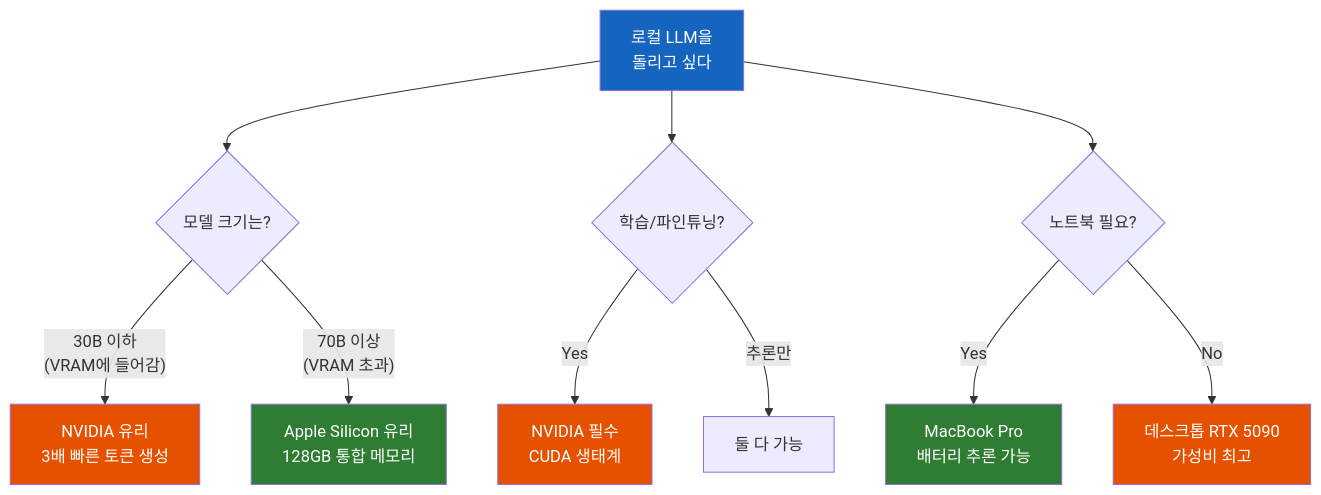
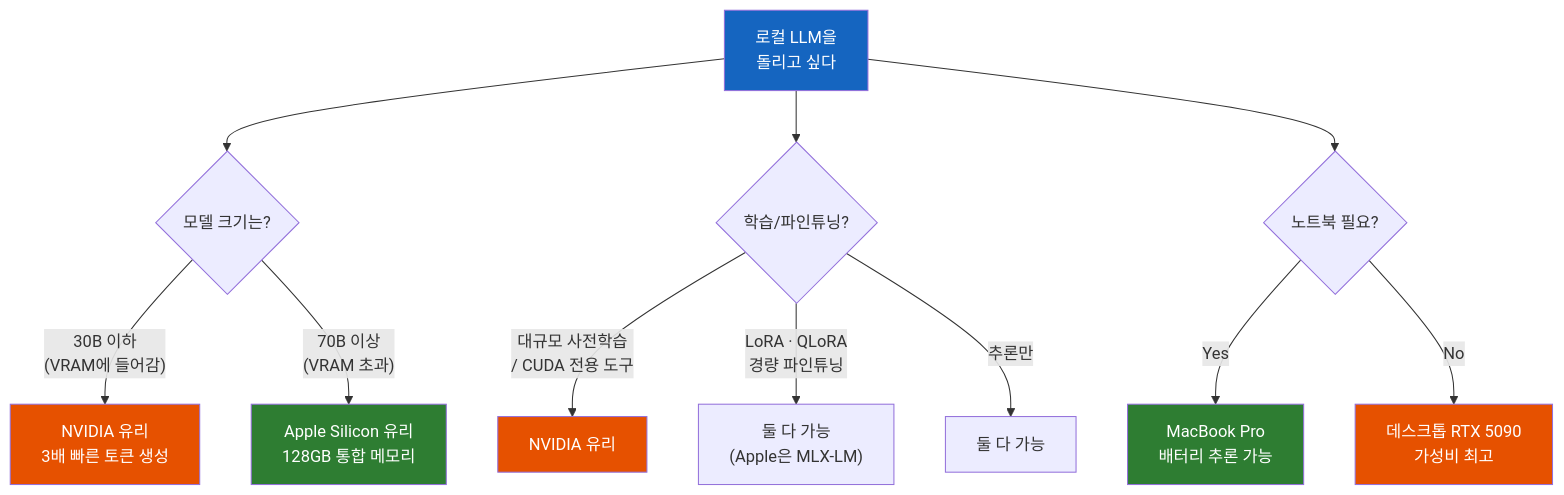
The third of 3 diagrams in ai/로컬-LLM-추론-Apple-Silicon이-NVIDIA-GPU를-이기는-순간.md (sskim91/TIL), drawn with Mermaid before and after one commit. The commit also changed other lines of this file and 36 other files, not shown here.

````diff
--- a/ai/로컬-LLM-추론-Apple-Silicon이-NVIDIA-GPU를-이기는-순간.md
+++ b/ai/로컬-LLM-추론-Apple-Silicon이-NVIDIA-GPU를-이기는-순간.md
@@ -113,19 +113,20 @@
 ```mermaid
 flowchart TD
     A["로컬 LLM을<br>돌리고 싶다"] --> B{"모델 크기는?"}
     B -->|"30B 이하<br>(VRAM에 들어감)"| C["NVIDIA 유리<br>3배 빠른 토큰 생성"]
     B -->|"70B 이상<br>(VRAM 초과)"| D["Apple Silicon 유리<br>128GB 통합 메모리"]
     A --> E{"학습/파인튜닝?"}
-    E -->|"Yes"| F["NVIDIA 필수<br>CUDA 생태계"]
+    E -->|"대규모 사전학습<br>/ CUDA 전용 도구"| F["NVIDIA 유리"]
+    E -->|"LoRA · QLoRA<br>경량 파인튜닝"| F2["둘 다 가능<br>(Apple은 MLX-LM)"]
     E -->|"추론만"| G["둘 다 가능"]
     A --> H{"노트북 필요?"}
     H -->|"Yes"| I["MacBook Pro<br>배터리 추론 가능"]
     H -->|"No"| J["데스크톱 RTX 5090<br>가성비 최고"]
 
     style A fill:#1565C0,color:#fff
     style C fill:#E65100,color:#fff
     style D fill:#2E7D32,color:#fff
     style F fill:#E65100,color:#fff
     style I fill:#2E7D32,color:#fff
     style J fill:#E65100,color:#fff
 ```
````
